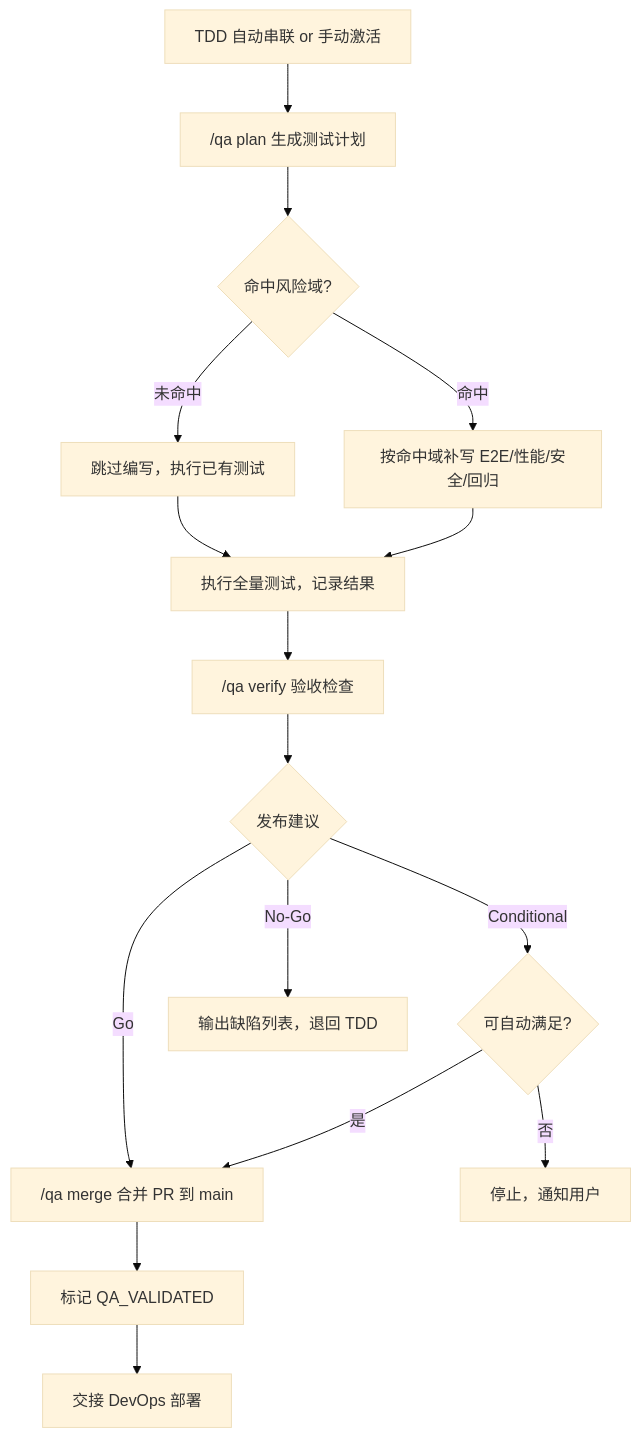
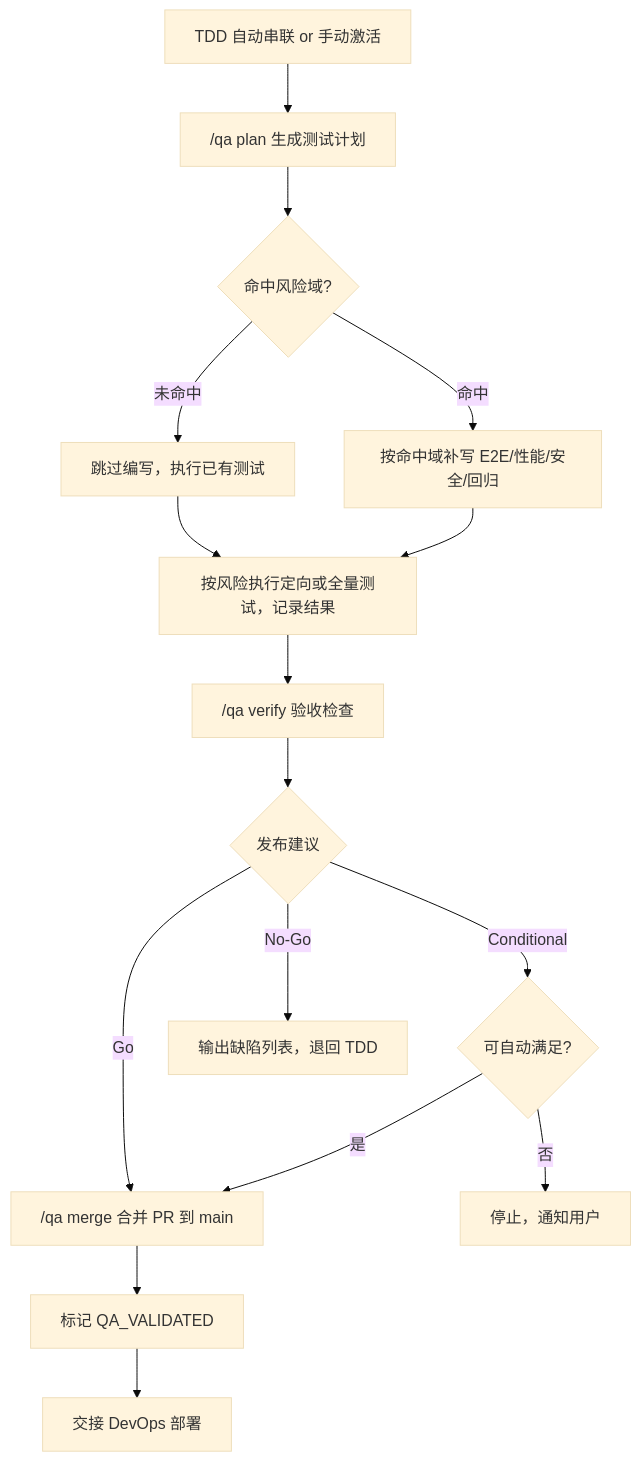
The diagram in AgentRoles/Handbooks/QA-TESTING-EXPERT.playbook.md (hollisyao2024/PromptsEngineering), drawn with Mermaid (base theme) before and after one commit. The commit also changed other lines of this file and 1 other file, not shown here.

````diff
--- a/AgentRoles/Handbooks/QA-TESTING-EXPERT.playbook.md
+++ b/AgentRoles/Handbooks/QA-TESTING-EXPERT.playbook.md
@@ -328,18 +328,18 @@
 ```mermaid
 flowchart TD
     A[TDD 自动串联 or 手动激活] --> B["/qa plan 生成测试计划"]
     B --> B1{命中风险域?}
     B1 -->|未命中| B2[跳过编写，执行已有测试]
     B1 -->|命中| B3["按命中域补写 E2E/性能/安全/回归"]
-    B2 --> C["执行全量测试，记录结果"]
+    B2 --> C["按风险执行定向或全量测试，记录结果"]
     B3 --> C
     C --> D["/qa verify 验收检查"]
     D --> E{发布建议}
     E -->|Go| F["/qa merge 合并 PR 到 main"]
     E -->|Conditional| G{可自动满足?}
     G -->|是| F
     G -->|否| STOP[停止，通知用户]
     E -->|No-Go| H["输出缺陷列表，退回 TDD"]
     F --> I[标记 QA_VALIDATED]
     I --> J[交接 DevOps 部署]
 ```
````
